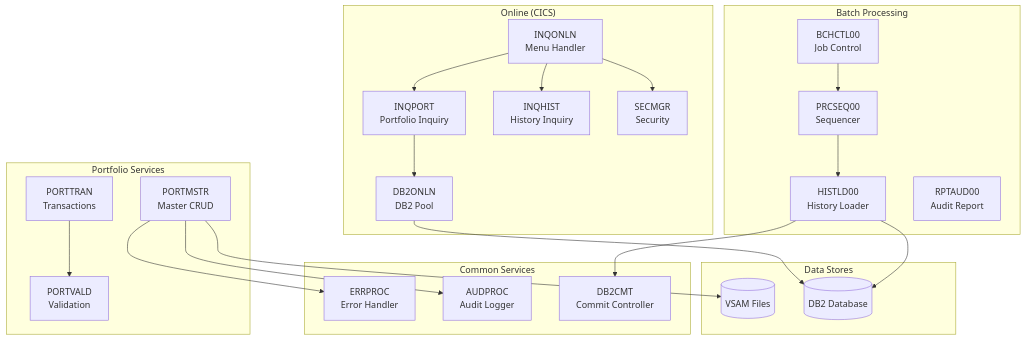
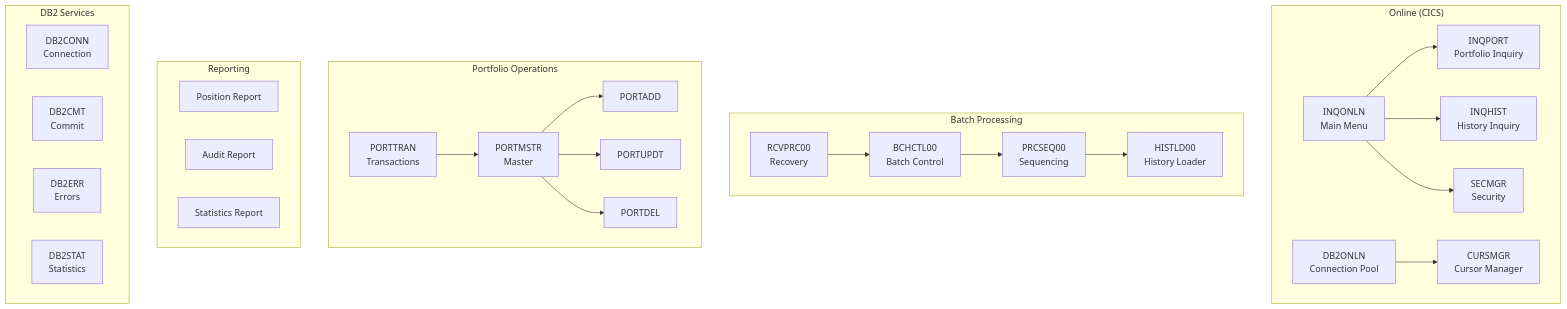
Before and after one commit to haladir-com/legacy-benchmark-docs-vb70e1: the diagram in docs/intro.mdx, drawn with Mermaid. The commit also changed other lines of this file and 64 other files, not shown here.

````diff
--- a/docs/intro.mdx
+++ b/docs/intro.mdx
@@ -112,51 +15,35 @@
 ```mermaid
 graph TB
     subgraph "Online (CICS)"
-        INQONLN[INQONLN<br/>Menu Handler]
-        INQPORT[INQPORT<br/>Portfolio Inquiry]
-        INQHIST[INQHIST<br/>History Inquiry]
-        SECMGR[SECMGR<br/>Security]
-        DB2ONLN[DB2ONLN<br/>DB2 Pool]
+        INQONLN[INQONLN<br/>Main Menu] --> INQPORT[INQPORT<br/>Portfolio Inquiry]
+        INQONLN --> INQHIST[INQHIST<br/>History Inquiry]
+        INQONLN --> SECMGR[SECMGR<br/>Security]
+        DB2ONLN[DB2ONLN<br/>Connection Pool] --> CURSMGR[CURSMGR<br/>Cursor Manager]
     end
-
+    
     subgraph "Batch Processing"
-        BCHCTL00[BCHCTL00<br/>Job Control]
-        PRCSEQ00[PRCSEQ00<br/>Sequencer]
-        HISTLD00[HISTLD00<br/>History Loader]
-        RPTAUD00[RPTAUD00<br/>Audit Report]
+        BCHCTL00[BCHCTL00<br/>Batch Control] --> PRCSEQ00[PRCSEQ00<br/>Sequencing]
+        PRCSEQ00 --> HISTLD00[HISTLD00<br/>History Loader]
+        RCVPRC00[RCVPRC00<br/>Recovery] --> BCHCTL00
     end
-
-    subgraph "Portfolio Services"
-        PORTMSTR[PORTMSTR<br/>Master CRUD]
-        PORTTRAN[PORTTRAN<br/>Transactions]
-        PORTVALD[PORTVALD<br/>Validation]
+    
+    subgraph "Portfolio Operations"
+        PORTMSTR[PORTMSTR<br/>Master] --> PORTADD[PORTADD]
+        PORTMSTR --> PORTUPDT[PORTUPDT]
+        PORTMSTR --> PORTDEL[PORTDEL]
+        PORTTRAN[PORTTRAN<br/>Transactions] --> PORTMSTR
     end
-
-    subgraph "Common Services"
-        ERRPROC[ERRPROC<br/>Error Handler]
-        AUDPROC[AUDPROC<br/>Audit Logger]
-        DB2CMT[DB2CMT<br/>Commit Controller]
+    
+    subgraph "Reporting"
+        RPTPOS00[Position Report]
+        RPTAUD00[Audit Report]
+        RPTSTA00[Statistics Report]
     end
-
-    subgraph "Data Stores"
-        VSAM[(VSAM Files)]
-        DB2[(DB2 Database)]
+    
+    subgraph "DB2 Services"
+        DB2CONN[DB2CONN<br/>Connection]
+        DB2CMT[DB2CMT<br/>Commit]
+        DB2ERR[DB2ERR<br/>Errors]
+        DB2STAT[DB2STAT<br/>Statistics]
     end
-
-    INQONLN --> INQPORT
-    INQONLN --> INQHIST
-    INQONLN --> SECMGR
-    INQPORT --> DB2ONLN
-    
-    BCHCTL00 --> PRCSEQ00
-    PRCSEQ00 --> HISTLD00
-    HISTLD00 --> DB2CMT
-    
-    PORTMSTR --> ERRPROC
-    PORTMSTR --> AUDPROC
-    PORTTRAN --> PORTVALD
-
-    PORTMSTR --> VSAM
-    HISTLD00 --> DB2
-    DB2ONLN --> DB2
 ```
````
